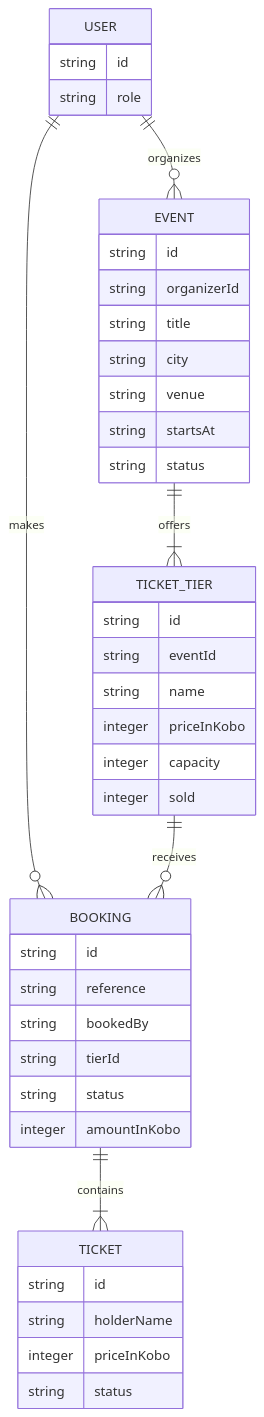
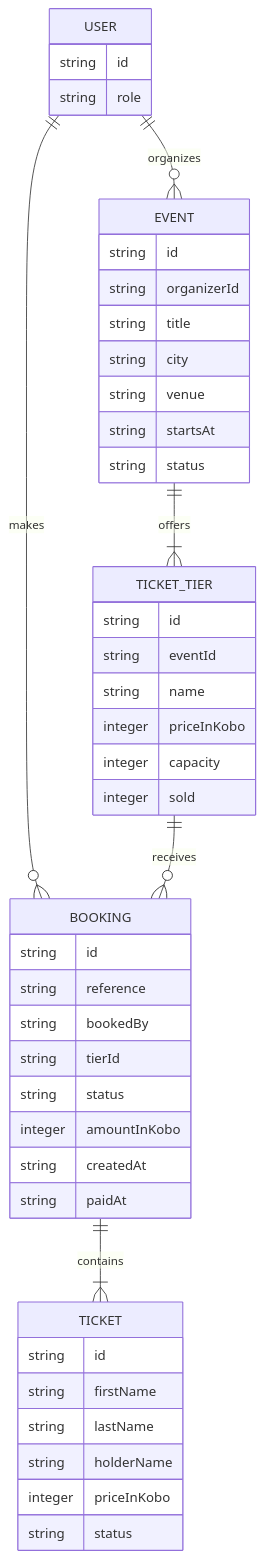
The third of 4 diagrams in docs/architecture.md (Sots-Light/capstone-drill), drawn with Mermaid before and after one commit. The commit also changed other lines of this file and 11 other files, not shown here.

````diff
--- a/docs/architecture.md
+++ b/docs/architecture.md
@@ -68,44 +75,48 @@
 ```mermaid
 erDiagram
   USER ||--o{ EVENT : organizes
   USER ||--o{ BOOKING : makes
   EVENT ||--|{ TICKET_TIER : offers
   TICKET_TIER ||--o{ BOOKING : receives
   BOOKING ||--|{ TICKET : contains
 
   USER {
     string id
     string role
   }
   EVENT {
     string id
     string organizerId
     string title
     string city
     string venue
     string startsAt
     string status
   }
   TICKET_TIER {
     string id
     string eventId
     string name
     integer priceInKobo
     integer capacity
     integer sold
   }
   BOOKING {
     string id
     string reference
     string bookedBy
     string tierId
     string status
     integer amountInKobo
+    string createdAt
+    string paidAt
   }
   TICKET {
     string id
+    string firstName
+    string lastName
     string holderName
     integer priceInKobo
     string status
   }
 ```
````
